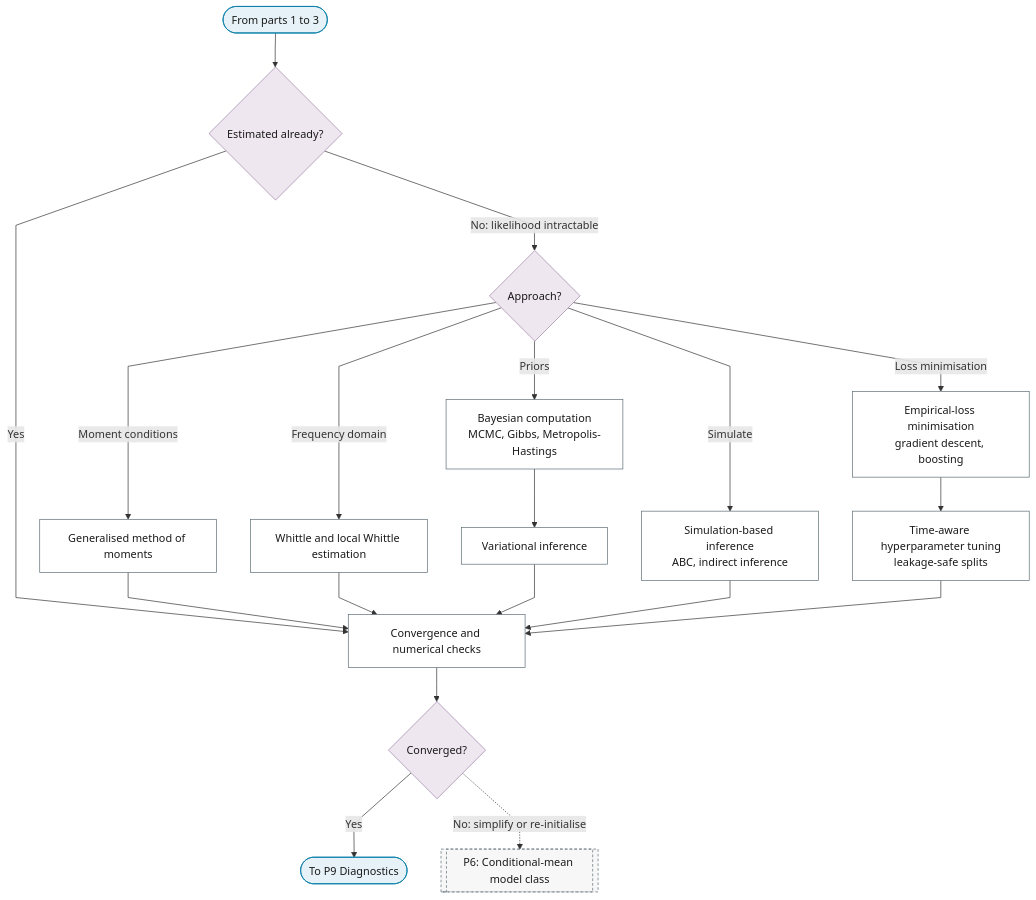
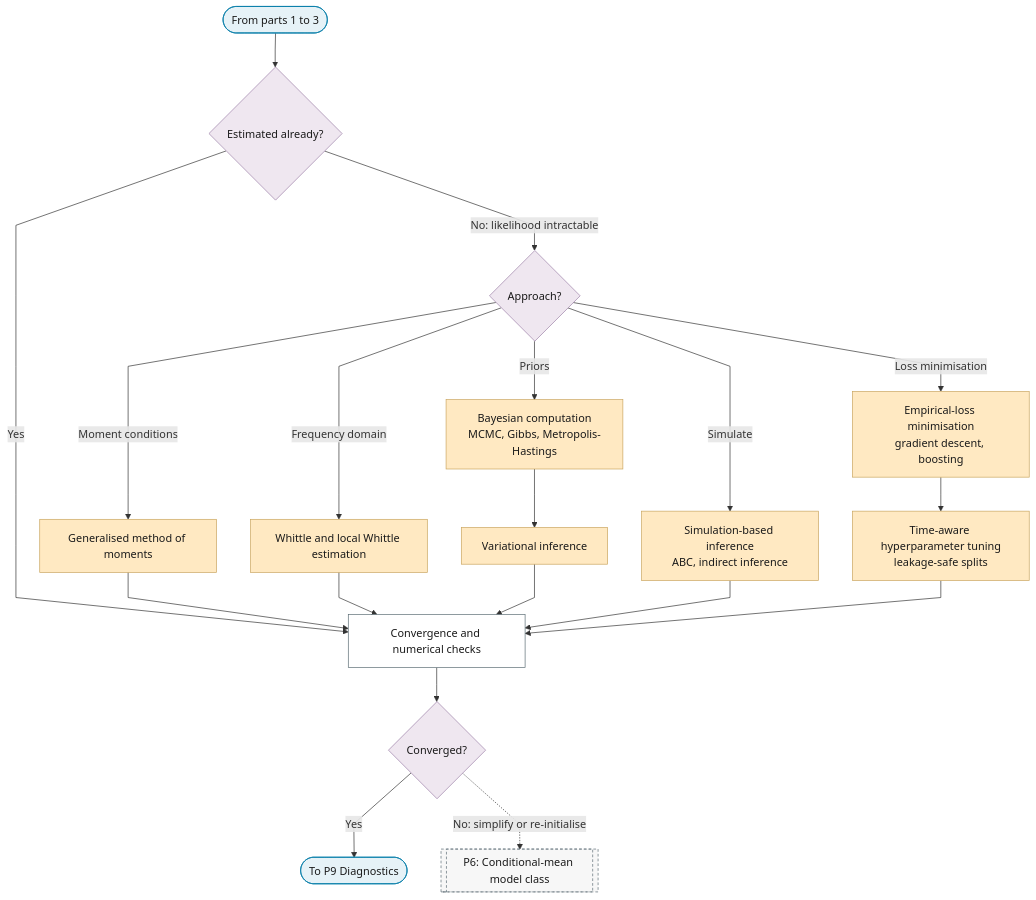
One commit to Shuxin-Y/time-series-analysis-manual changed the fourth of 4 diagrams in docs/01-workflow/p08-estimation.md. Above: the diagram before and after it, drawn with Mermaid. The commit also changed other lines of this file and 1 other file, not shown here.

First line of the commit message:
style(flowchart): P6 model and P8 estimator leaves keep the escalate outcome class

````diff
--- a/docs/01-workflow/p08-estimation.md
+++ b/docs/01-workflow/p08-estimation.md
@@ -95,30 +95,31 @@
 ```mermaid
 %%{init: {"flowchart": {"curve": "linear"}}}%%
 graph TD
     P8_PART_4_IN(["From parts 1 to 3"]) --> P8_ESTIMATED{"Estimated already?"}
     P8_ESTIMATED -->|"No: likelihood intractable"| P8_INTRACTABLE{"Approach?"}
     P8_ESTIMATED -->|"Yes"| P8_CONVERGENCE
     P8_INTRACTABLE -->|"Moment conditions"| P8_GMM["Generalised method of moments"]
     P8_INTRACTABLE -->|"Frequency domain"| P8_WHITTLE["Whittle and local Whittle estimation"]
     P8_INTRACTABLE -->|"Priors"| P8_MCMC["Bayesian computation<br/>MCMC, Gibbs, Metropolis-Hastings"]
     P8_INTRACTABLE -->|"Simulate"| P8_SIMULATION_INFERENCE["Simulation-based inference<br/>ABC, indirect inference"]
     P8_INTRACTABLE -->|"Loss minimisation"| P8_EMPIRICAL_LOSS["Empirical-loss minimisation<br/>gradient descent, boosting"]
     P8_MCMC --> P8_VARIATIONAL["Variational inference"]
     P8_EMPIRICAL_LOSS --> P8_HYPERPARAMETERS["Time-aware hyperparameter tuning<br/>leakage-safe splits"]
     P8_GMM & P8_WHITTLE & P8_VARIATIONAL & P8_SIMULATION_INFERENCE & P8_HYPERPARAMETERS --> P8_CONVERGENCE["Convergence and numerical checks"]
     P8_CONVERGENCE --> P8_CONVERGED{"Converged?"}
     P8_CONVERGED -->|"Yes"| P8_OUT(["To P9 Diagnostics"])
     P8_CONVERGED -.->|"No: simplify or re-initialise"| P6[["P6: Conditional-mean model class"]]
+    class P8_GMM,P8_WHITTLE,P8_MCMC,P8_SIMULATION_INFERENCE,P8_EMPIRICAL_LOSS,P8_VARIATIONAL,P8_HYPERPARAMETERS escalate
     class P8_PART_4_IN,P8_OUT terminator
     class P8_ESTIMATED,P8_INTRACTABLE,P8_CONVERGED decision
-    class P8_GMM,P8_WHITTLE,P8_MCMC,P8_SIMULATION_INFERENCE,P8_EMPIRICAL_LOSS,P8_VARIATIONAL,P8_HYPERPARAMETERS,P8_CONVERGENCE process
+    class P8_CONVERGENCE process
     class P6 ref
     classDef terminator fill:#E6F2F7,stroke:#007BA7,color:#1A1A1A;
     classDef process fill:#FFFFFF,stroke:#5A6B73,color:#1A1A1A;
     classDef decision fill:#EFE7F0,stroke:#9B7FA7,color:#1A1A1A;
     classDef data fill:#FFF4E0,stroke:#C9A55E,color:#1A1A1A;
     classDef good fill:#DCEFD8,stroke:#4A7A3F,color:#1A1A1A;
     classDef escalate fill:#FFE9C2,stroke:#C9A55E,color:#1A1A1A;
     classDef problem fill:#F2D9DE,stroke:#800020,color:#1A1A1A;
     classDef ref fill:#F7F7F7,stroke:#5A6B73,color:#1A1A1A,stroke-dasharray:4 3;
 ```
````
